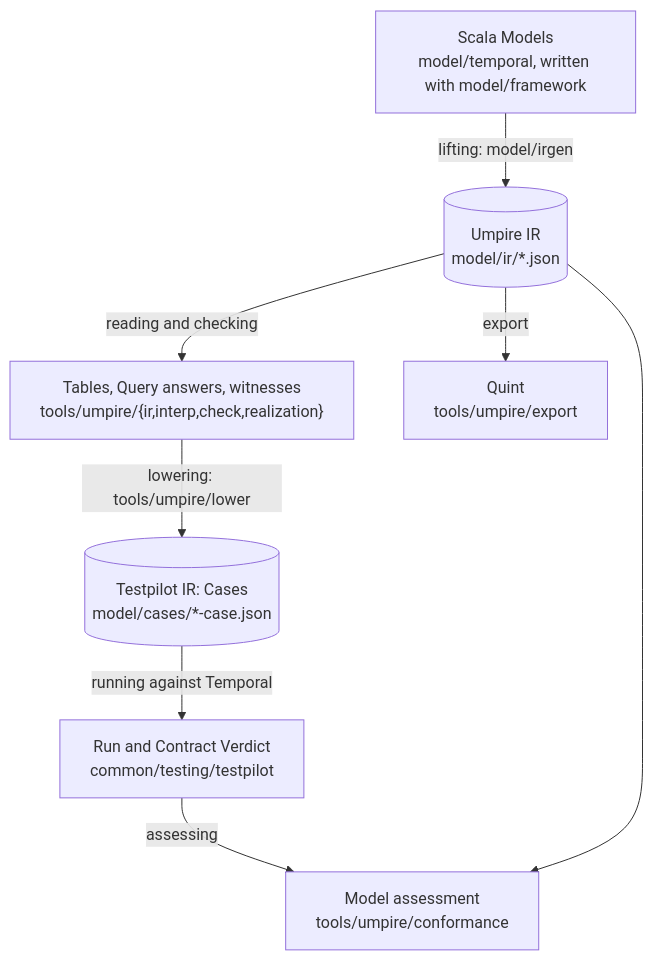
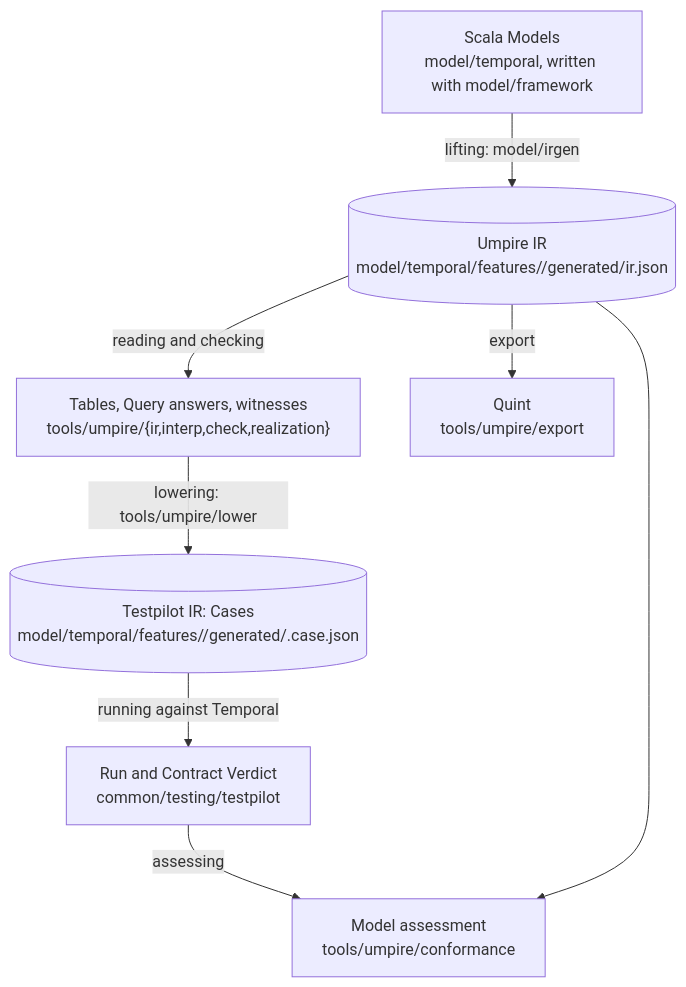
One commit to stephanos/temporal changed the diagram in model/README.md. Above: the diagram before and after it, drawn with Mermaid. The commit also changed other lines of this file and 168 other files, not shown here.

First line of the commit message:
feat(model): colocate feature outputs and scope model consumers

````diff
--- a/model/README.md
+++ b/model/README.md
@@ -128,18 +128,18 @@
 ```mermaid
 flowchart TD
     scala["Scala Models<br/>model/temporal, written with model/framework"]
-    uir[("Umpire IR<br/>model/ir/*.json")]
+    uir[("Umpire IR<br/>model/temporal/features/<feature>/generated/ir.json")]
     reader["Tables, Query answers, witnesses<br/>tools/umpire/{ir,interp,check,realization}"]
-    tir[("Testpilot IR: Cases<br/>model/cases/*-case.json")]
+    tir[("Testpilot IR: Cases<br/>model/temporal/features/<feature>/generated/<query>.case.json")]
     run["Run and Contract Verdict<br/>common/testing/testpilot"]
     assessment["Model assessment<br/>tools/umpire/conformance"]
     other["Quint<br/>tools/umpire/export"]
 
     scala -->|"lifting: model/irgen"| uir
     uir -->|"reading and checking"| reader
     reader -->|"lowering: tools/umpire/lower"| tir
     tir -->|"running against Temporal"| run
     run -->|"assessing"| assessment
     uir --> assessment
     uir -->|"export"| other
 ```
````
